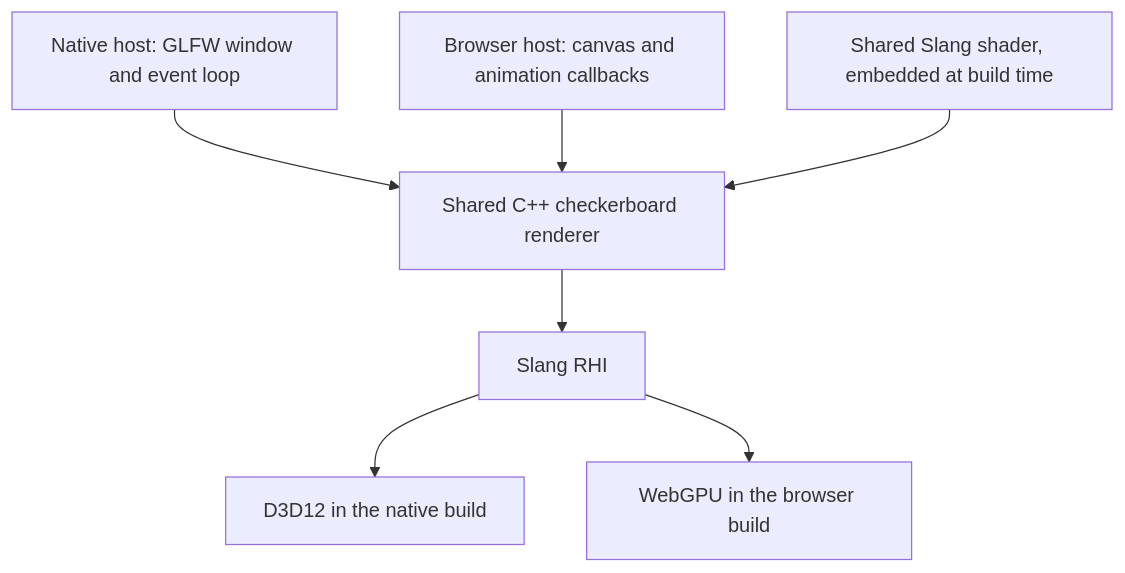
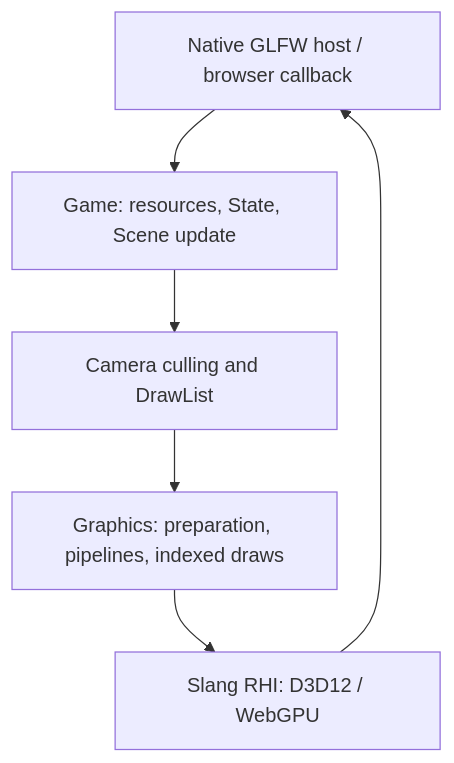
One commit to chriscummings100/ofg changed the diagram in docs/architecture.md. Above: the diagram before and after it, drawn with Mermaid. The commit also changed other lines of this file and 49 other files, not shown here.

````diff
--- a/docs/architecture.md
+++ b/docs/architecture.md
@@ -7,9 +7,8 @@
 ```mermaid
 flowchart TD
-    Native[Native host: GLFW window and event loop] --> Renderer[Shared C++ checkerboard renderer]
-    Web[Browser host: canvas and animation callbacks] --> Renderer
-    Shader[Shared Slang shader, embedded at build time] --> Renderer
-    Renderer --> RHI[Slang RHI]
-    RHI --> DX12[D3D12 in the native build]
-    RHI --> WebGPU[WebGPU in the browser build]
+    Host[Native GLFW host / browser callback] --> Game[Game: resources, State, Scene update]
+    Game --> Extract[Camera culling and DrawList]
+    Extract --> Graphics[Graphics: preparation, pipelines, indexed draws]
+    Graphics --> RHI[Slang RHI: D3D12 / WebGPU]
+    RHI --> Host
 ```
````
